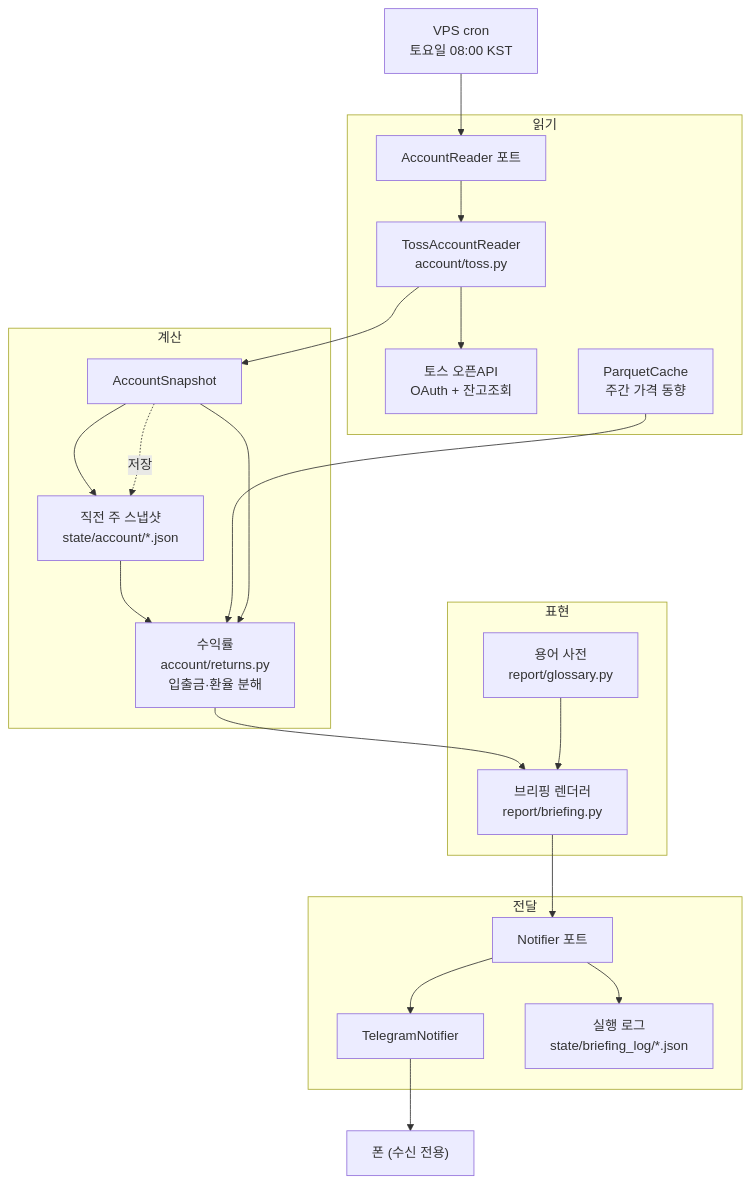
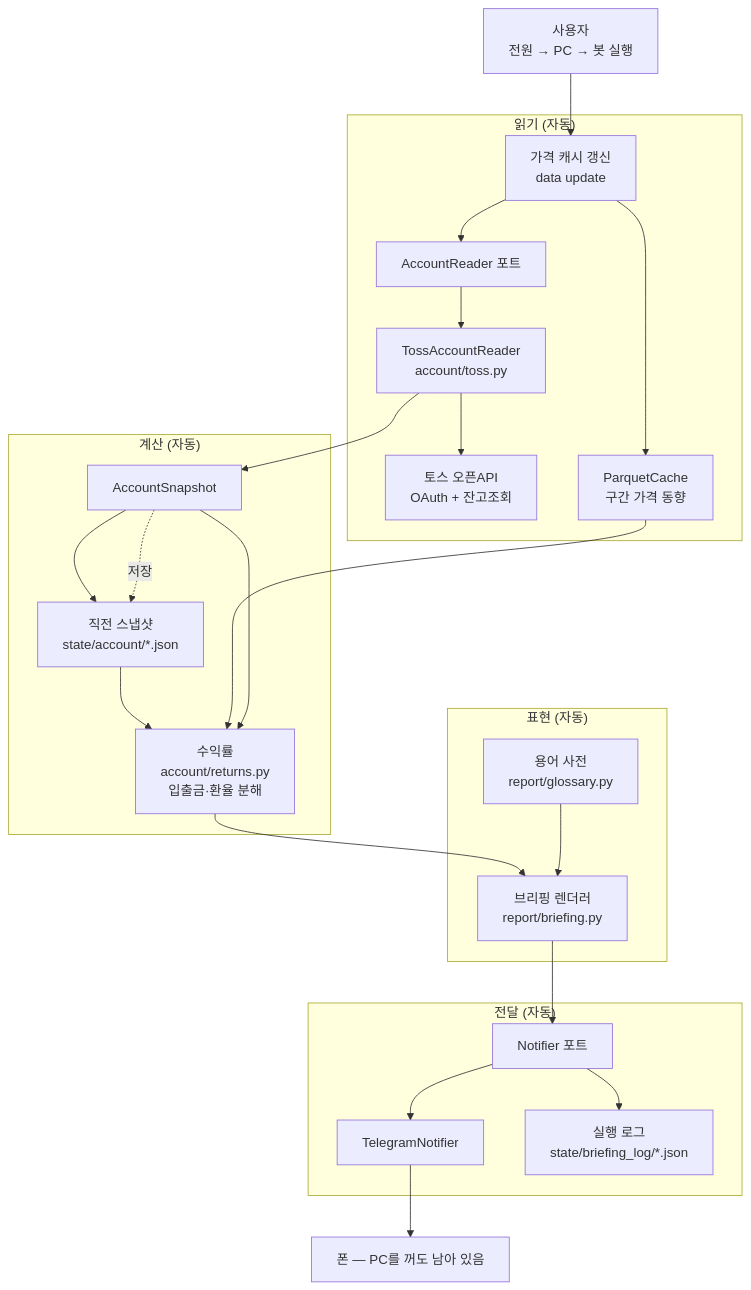
One commit to kjw413/trading-bot changed the diagram in docs/superpowers/specs/2026-08-17-weekly-briefing-m1-design.md. Above: the diagram before and after it, drawn with Mermaid. The commit also changed other lines of this file, not shown here.

````diff
--- a/docs/superpowers/specs/2026-08-17-weekly-briefing-m1-design.md
+++ b/docs/superpowers/specs/2026-08-17-weekly-briefing-m1-design.md
@@ -47,43 +59,45 @@
 ```mermaid
 flowchart TB
-    Cron["VPS cron<br/>토요일 08:00 KST"]
+    User["사용자<br/>전원 → PC → 봇 실행"]
 
-    subgraph READ["읽기"]
+    subgraph READ["읽기 (자동)"]
+        Update["가격 캐시 갱신<br/>data update"]
         Reader["AccountReader 포트"]
         Toss["TossAccountReader<br/>account/toss.py"]
         TossAPI["토스 오픈API<br/>OAuth + 잔고조회"]
-        Cache["ParquetCache<br/>주간 가격 동향"]
+        Cache["ParquetCache<br/>구간 가격 동향"]
     end
 
-    subgraph CALC["계산"]
+    subgraph CALC["계산 (자동)"]
         Snap["AccountSnapshot"]
-        Prev["직전 주 스냅샷<br/>state/account/*.json"]
+        Prev["직전 스냅샷<br/>state/account/*.json"]
         Returns["수익률<br/>account/returns.py<br/>입출금·환율 분해"]
     end
 
-    subgraph RENDER["표현"]
+    subgraph RENDER["표현 (자동)"]
         Glossary["용어 사전<br/>report/glossary.py"]
         Brief["브리핑 렌더러<br/>report/briefing.py"]
     end
 
-    subgraph SEND["전달"]
+    subgraph SEND["전달 (자동)"]
         Notifier["Notifier 포트"]
         TG["TelegramNotifier"]
         Log["실행 로그<br/>state/briefing_log/*.json"]
     end
 
-    Phone["폰 (수신 전용)"]
+    Phone["폰 — PC를 꺼도 남아 있음"]
 
-    Cron --> Reader
+    User --> Update --> Reader
     Reader --> Toss --> TossAPI
     Toss --> Snap
     Snap --> Prev
     Prev --> Returns
     Cache --> Returns
     Snap --> Returns
+    Update --> Cache
     Returns --> Brief
     Glossary --> Brief
     Brief --> Notifier --> TG --> Phone
     Notifier --> Log
     Snap -.저장.-> Prev
 ```
````
